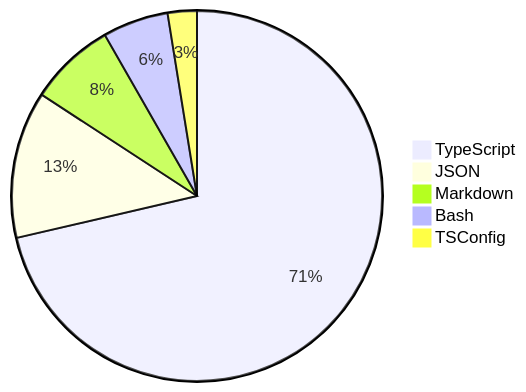
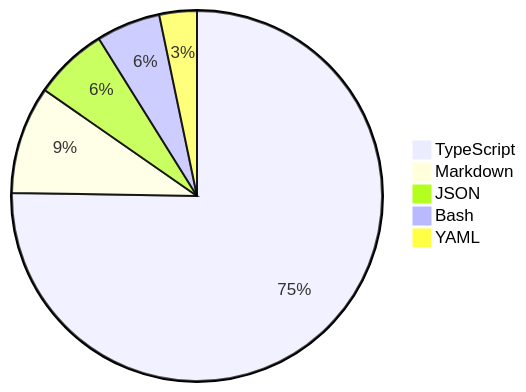
One commit to skvggor/skvggor changed the diagram in README.md. Above: the diagram before and after it, drawn with Mermaid.

Commit message:
Updated waka-readme graph with new metrics

````diff
--- a/README.md
+++ b/README.md
@@ -39,8 +39,8 @@
 ```mermaid
 pie
-    "TypeScript" : 67.3
-    "JSON" : 12.1
-    "Markdown" : 7.1
-    "Bash" : 5.4
-    "TSConfig" : 2.4
+    "TypeScript" : 71.2
+    "Markdown" : 8.9
+    "JSON" : 6.1
+    "Bash" : 5.3
+    "YAML" : 3.1
 ```
````
